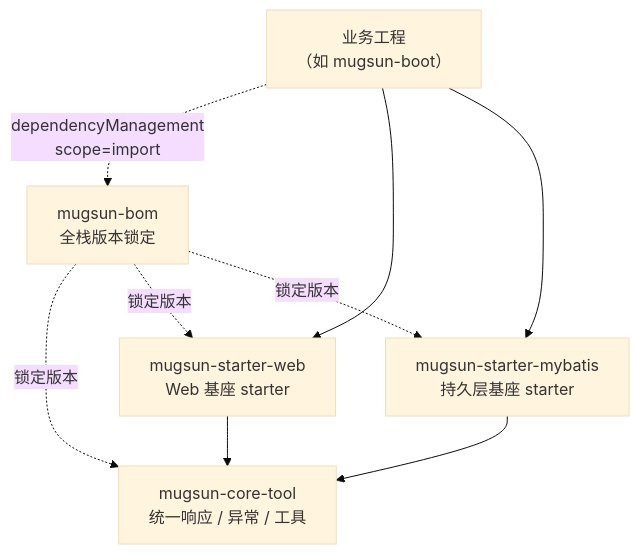
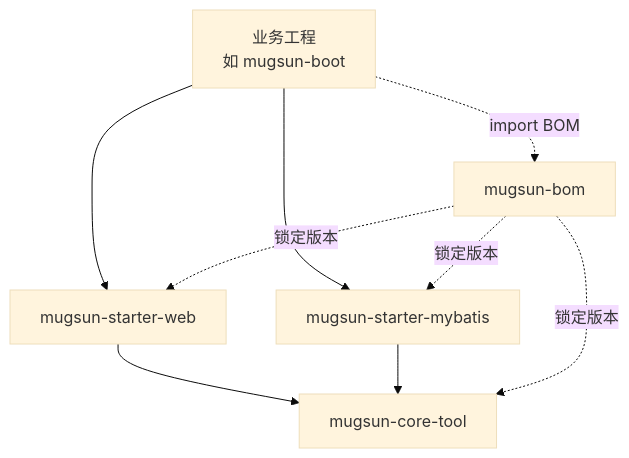
Before and after one commit to mugsun/mugsun-core: the first of 2 diagrams in README.md, drawn with Mermaid (base theme). The commit also changed other lines of this file and 1 other file, not shown here.

````diff
--- a/README.md
+++ b/README.md
@@ -27,17 +30,17 @@
 ```mermaid
 graph TD
-    BIZ["业务工程<br/>（如 mugsun-boot）"]
-    BOM["mugsun-bom<br/>全栈版本锁定"]
-    TOOL["mugsun-core-tool<br/>统一响应 / 异常 / 工具"]
-    WEB["mugsun-starter-web<br/>Web 基座 starter"]
-    MB["mugsun-starter-mybatis<br/>持久层基座 starter"]
+  BIZ["业务工程<br/>如 mugsun-boot"]
+  BOM["mugsun-bom"]
+  TOOL["mugsun-core-tool"]
+  WEB["mugsun-starter-web"]
+  MB["mugsun-starter-mybatis"]
 
-    BIZ -.->|dependencyManagement<br/>scope=import| BOM
-    BIZ --> WEB
-    BIZ --> MB
-    BOM -.->|锁定版本| TOOL
-    BOM -.->|锁定版本| WEB
-    BOM -.->|锁定版本| MB
-    WEB --> TOOL
-    MB --> TOOL
+  BIZ -.->|import BOM| BOM
+  BIZ --> WEB
+  BIZ --> MB
+  WEB --> TOOL
+  MB --> TOOL
+  BOM -.->|锁定版本| TOOL
+  BOM -.->|锁定版本| WEB
+  BOM -.->|锁定版本| MB
 ```
````
